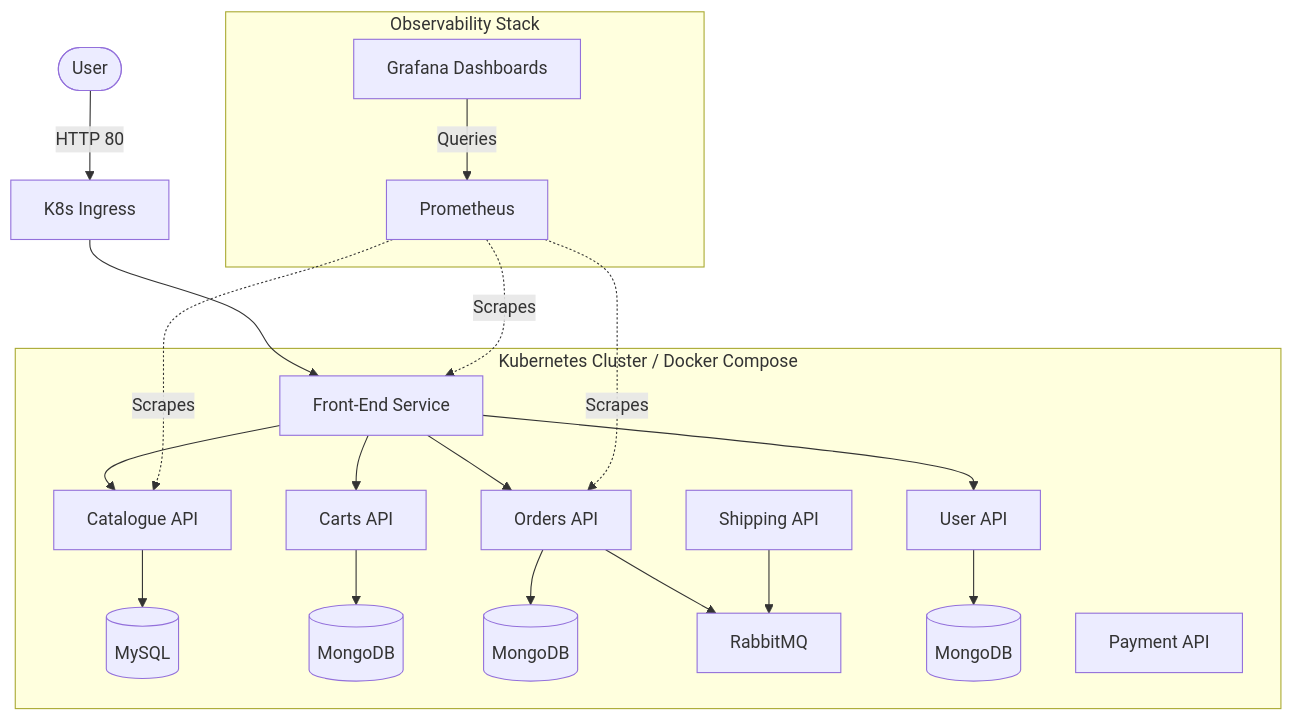
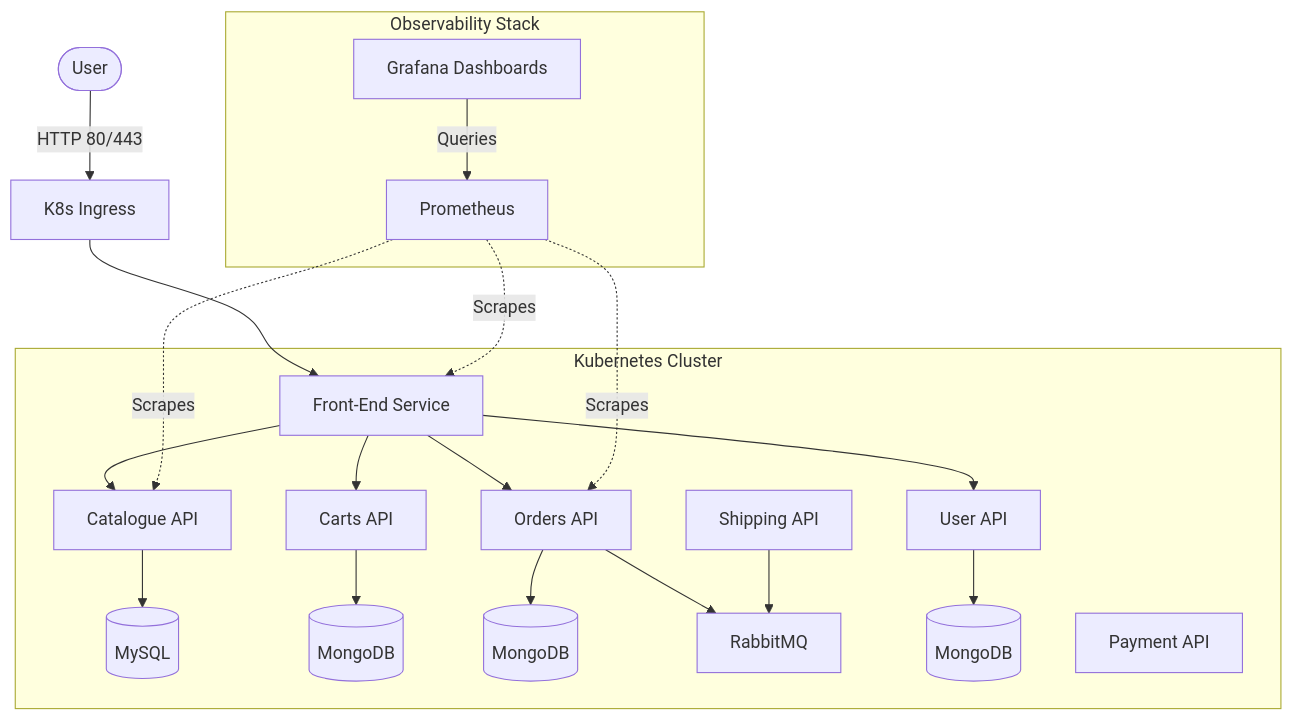
Before and after one commit to letsconfuse/sock-shop-devops: the diagram in README.md, drawn with Mermaid. The commit also changed other lines of this file, not shown here.

````diff
--- a/README.md
+++ b/README.md
@@ -16,28 +16,28 @@
 ```mermaid
 graph TD
-    User([User]) -->|HTTP 80| Ingress[K8s Ingress]
+    User([User]) -->|HTTP 80/443| Ingress[K8s Ingress]
     Ingress --> FrontEnd[Front-End Service]
     
-    subgraph K8s Cluster [Kubernetes Cluster / Docker Compose]
+    subgraph K8s Cluster [Kubernetes Cluster]
       FrontEnd --> Catalogue[Catalogue API]
       FrontEnd --> Carts[Carts API]
       FrontEnd --> Orders[Orders API]
       FrontEnd --> UserSvc[User API]
       
       Catalogue --> CatDB[(MySQL)]
       Carts --> CartsDB[(MongoDB)]
       Orders --> OrdersDB[(MongoDB)]
       Orders --> RabbitMQ[RabbitMQ]
       UserSvc --> UserDB[(MongoDB)]
       
       Shipping[Shipping API] --> RabbitMQ
       Payment[Payment API]
     end
 
     subgraph Observability Stack
       Prometheus[Prometheus] -.->|Scrapes| FrontEnd
       Prometheus -.->|Scrapes| Catalogue
       Prometheus -.->|Scrapes| Orders
       Grafana[Grafana Dashboards] -->|Queries| Prometheus
     end
 ```
````
